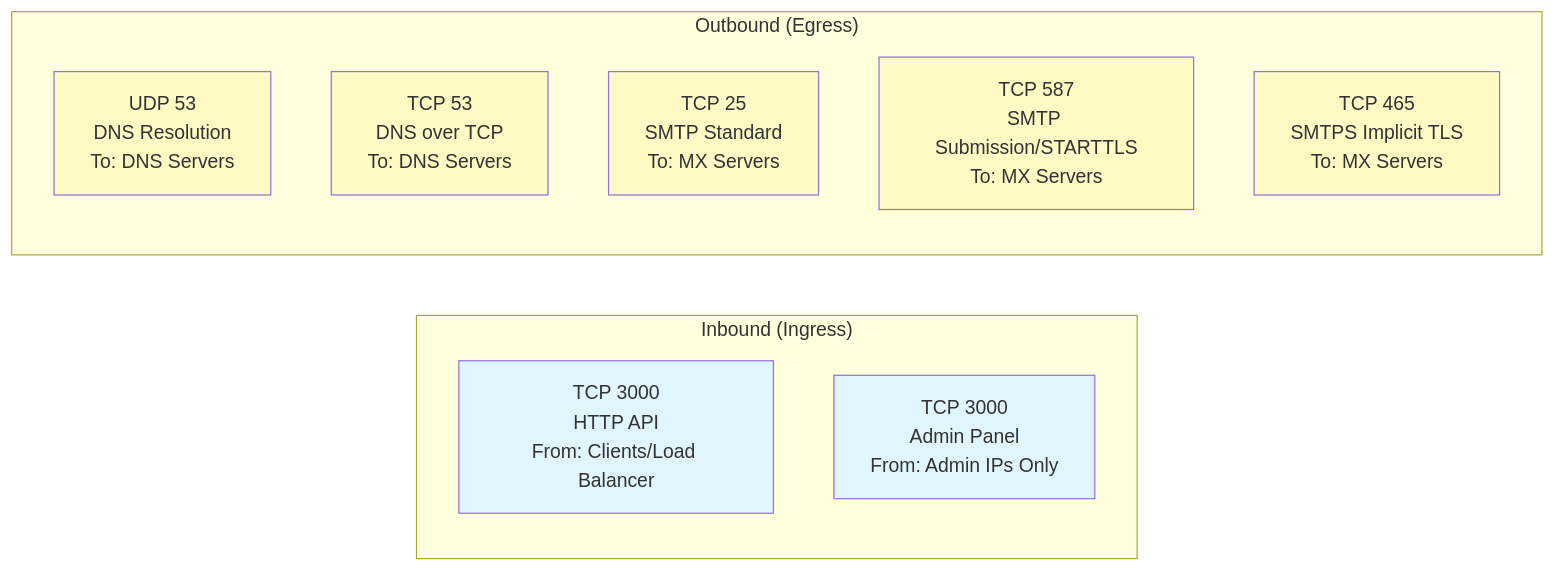
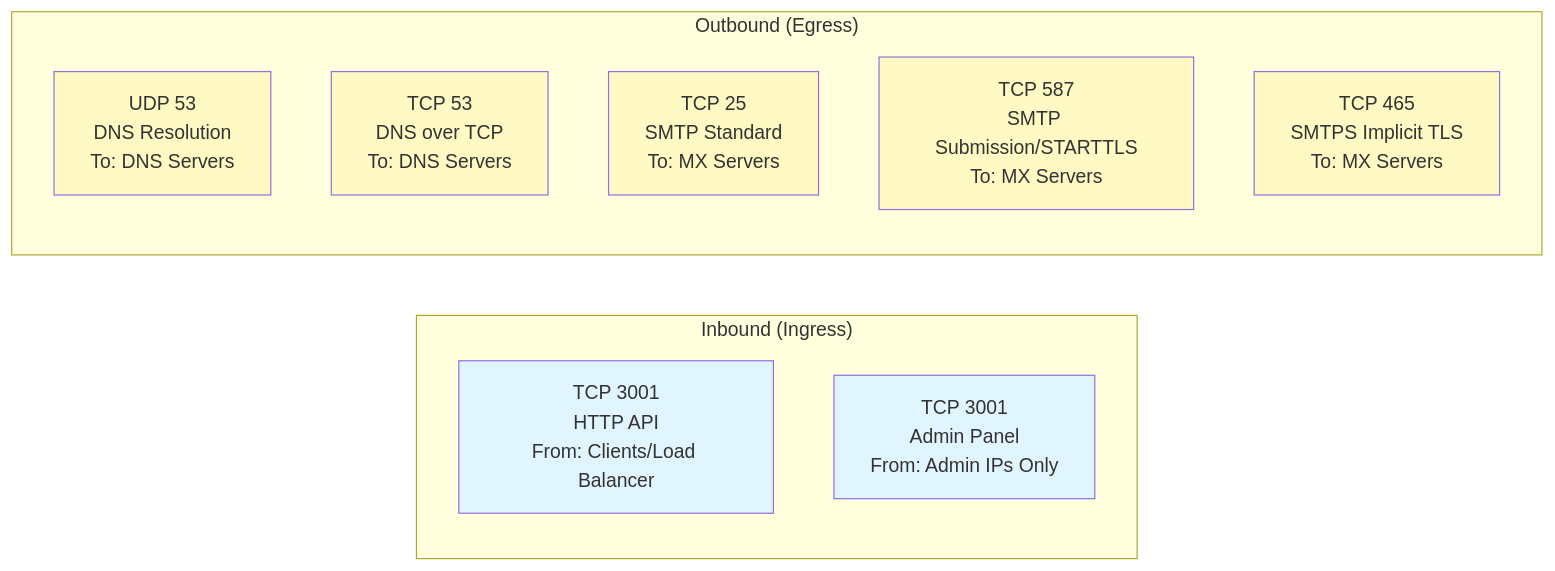
Before and after one commit to darzkrow/mail-checker: diagram 20 of 25 in docs/ARCHITECTURE.md, drawn with Mermaid. The commit also changed other lines of this file and 8 other files, not shown here.

````diff
--- a/docs/ARCHITECTURE.md
+++ b/docs/ARCHITECTURE.md
@@ -1136,23 +1136,23 @@
 ```mermaid
 graph LR
     subgraph "Inbound (Ingress)"
-        HTTP[TCP 3000<br/>HTTP API<br/>From: Clients/Load Balancer]
-        ADMIN[TCP 3000<br/>Admin Panel<br/>From: Admin IPs Only]
+        HTTP[TCP 3001<br/>HTTP API<br/>From: Clients/Load Balancer]
+        ADMIN[TCP 3001<br/>Admin Panel<br/>From: Admin IPs Only]
     end
     
     subgraph "Outbound (Egress)"
         DNS_UDP[UDP 53<br/>DNS Resolution<br/>To: DNS Servers]
         DNS_TCP[TCP 53<br/>DNS over TCP<br/>To: DNS Servers]
         SMTP_25[TCP 25<br/>SMTP Standard<br/>To: MX Servers]
         SMTP_587[TCP 587<br/>SMTP Submission/STARTTLS<br/>To: MX Servers]
         SMTP_465[TCP 465<br/>SMTPS Implicit TLS<br/>To: MX Servers]
     end
     
     style HTTP fill:#e1f5fe
     style ADMIN fill:#e1f5fe
     style DNS_UDP fill:#fff9c4
     style DNS_TCP fill:#fff9c4
     style SMTP_25 fill:#fff9c4
     style SMTP_587 fill:#fff9c4
     style SMTP_465 fill:#fff9c4
 ```
````
